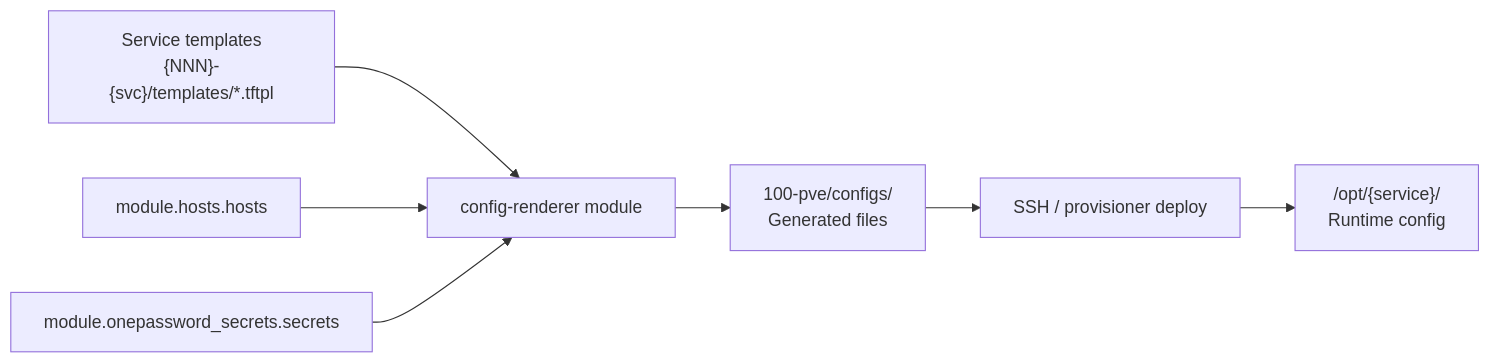
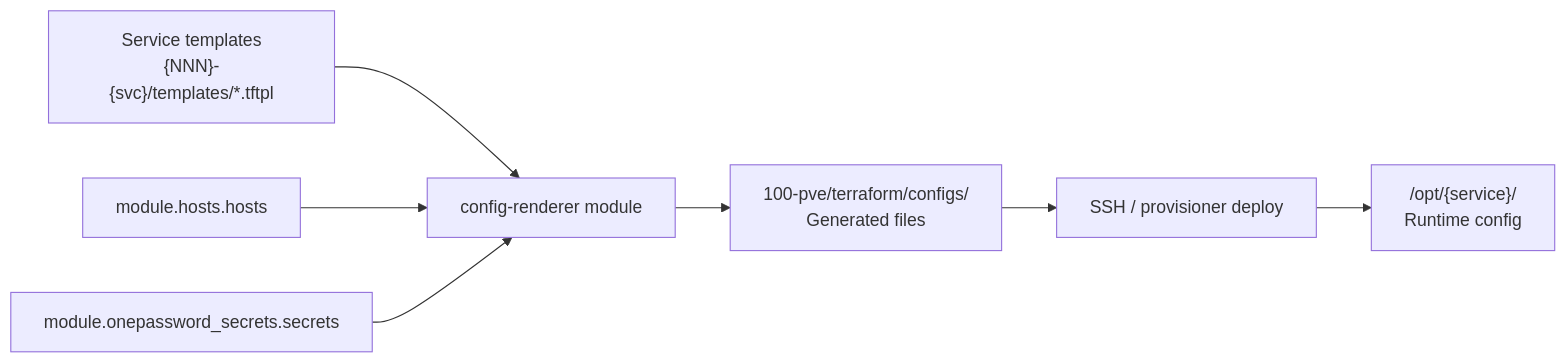
The second of 4 diagrams in DEPENDENCY_MAP.md (jclee941/terraform), drawn with Mermaid before and after one commit. The commit also changed other lines of this file and 188 other files, not shown here.

````diff
--- a/DEPENDENCY_MAP.md
+++ b/DEPENDENCY_MAP.md
@@ -86,9 +86,9 @@
 ```mermaid
 flowchart LR
   Templates["Service templates\n{NNN}-{svc}/templates/*.tftpl"] --> Renderer["config-renderer module"]
   Hosts["module.hosts.hosts"] --> Renderer
   Secrets["module.onepassword_secrets.secrets"] --> Renderer
-  Renderer --> Outputs["100-pve/configs/\nGenerated files"]
+  Renderer --> Outputs["100-pve/terraform/configs/\nGenerated files"]
   Outputs --> Deploy["SSH / provisioner deploy"]
   Deploy --> Runtime["/opt/{service}/\nRuntime config"]
 ```
````
